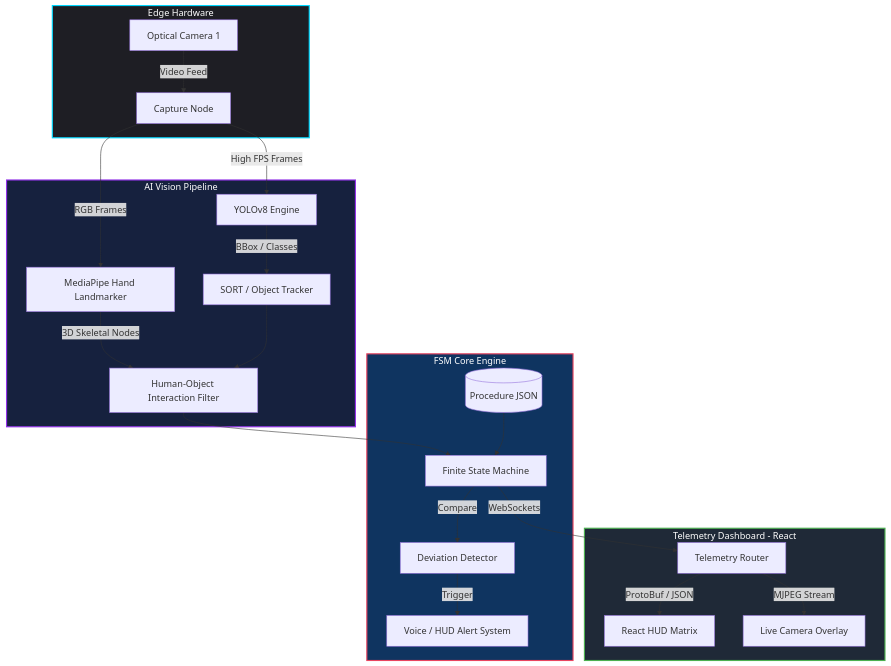
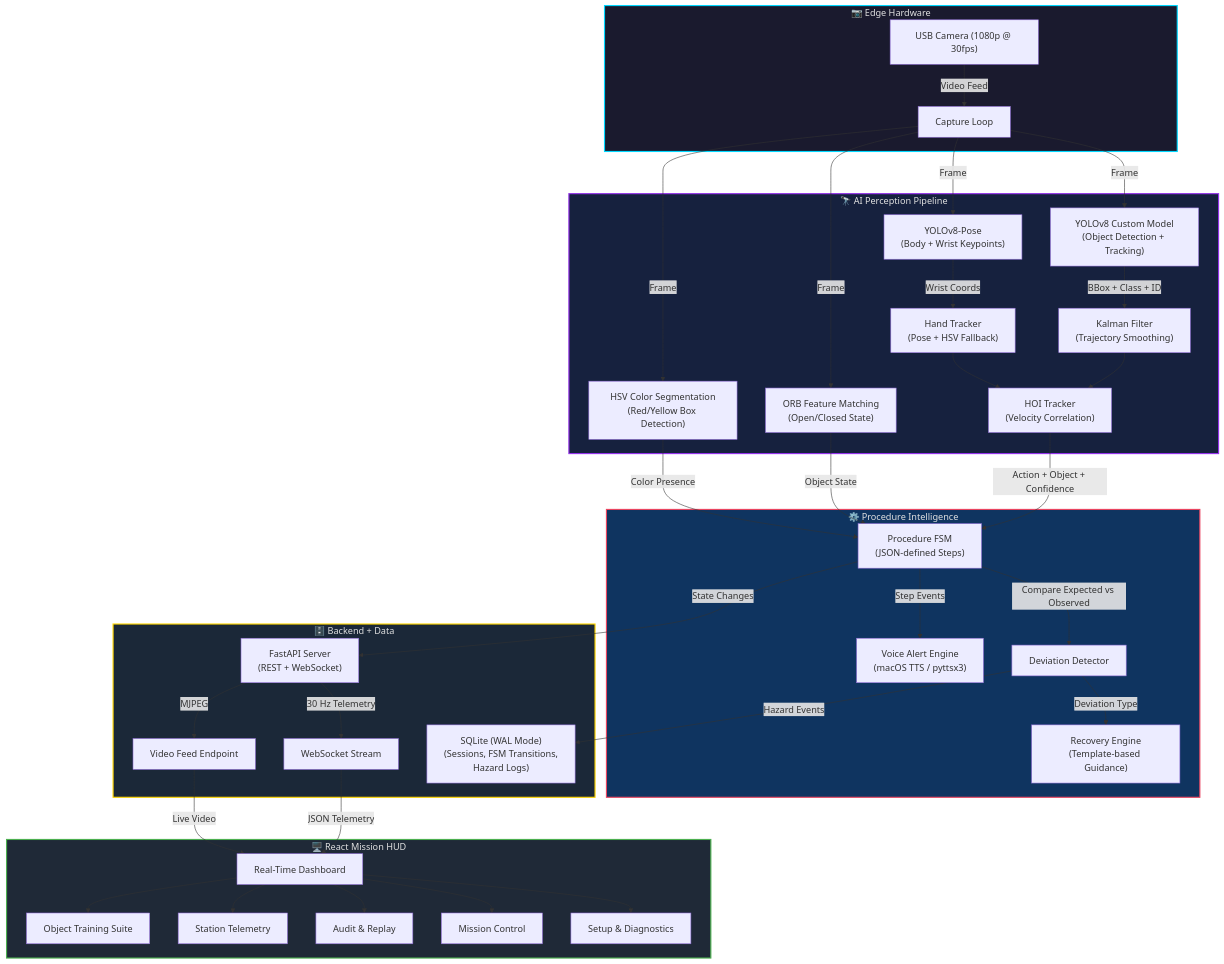
The diagram in README.md (atulharshvardhan2006/ATLAS-FULL-STACK-SIH-26174), drawn with Mermaid before and after one commit. The commit also changed other lines of this file, not shown here.

````diff
--- a/README.md
+++ b/README.md
@@ -36,36 +327,49 @@
 ```mermaid
 graph TD
-    %% Hardware Level
-    subgraph Edge_Hardware [Edge Hardware]
-        C1[Optical Camera 1] -->|Video Feed| Cap[Capture Node]
+    subgraph Edge_Hardware ["📷 Edge Hardware"]
+        C1["USB Camera (1080p @ 30fps)"] -->|"Video Feed"| Cap["Capture Loop"]
     end
 
-    %% AI Pipeline
-    subgraph AI_Vision_Pipeline [AI Vision Pipeline]
-        Cap -->|High FPS Frames| Y[YOLOv8 Engine]
-        Cap -->|RGB Frames| M[MediaPipe Hand Landmarker]
-        Y -->|BBox / Classes| Tracker[SORT / Object Tracker]
-        M -->|3D Skeletal Nodes| HOI[Human-Object Interaction Filter]
-        Tracker --> HOI
+    subgraph AI_Pipeline ["🔭 AI Perception Pipeline"]
+        Cap -->|"Frame"| YOLO["YOLOv8 Custom Model<br/>(Object Detection + Tracking)"]
+        Cap -->|"Frame"| Pose["YOLOv8-Pose<br/>(Body + Wrist Keypoints)"]
+        Cap -->|"Frame"| ORB["ORB Feature Matching<br/>(Open/Closed State)"]
+        Cap -->|"Frame"| HSV["HSV Color Segmentation<br/>(Red/Yellow Box Detection)"]
+        YOLO -->|"BBox + Class + ID"| Kalman["Kalman Filter<br/>(Trajectory Smoothing)"]
+        Pose -->|"Wrist Coords"| Hand["Hand Tracker<br/>(Pose + HSV Fallback)"]
+        Kalman --> HOI["HOI Tracker<br/>(Velocity Correlation)"]
+        Hand --> HOI
     end
 
-    %% Core Logic
-    subgraph FSM_Core_Engine [FSM Core Engine]
-        HOI --> FSM[Finite State Machine]
-        Config[(Procedure JSON)] --> FSM
-        FSM -->|Compare| Dev[Deviation Detector]
-        Dev -->|Trigger| Alert[Voice / HUD Alert System]
+    subgraph Procedure_Engine ["⚙️ Procedure Intelligence"]
+        HOI -->|"Action + Object + Confidence"| FSM["Procedure FSM<br/>(JSON-defined Steps)"]
+        ORB -->|"Object State"| FSM
+        HSV -->|"Color Presence"| FSM
+        FSM -->|"Compare Expected vs Observed"| Dev["Deviation Detector"]
+        Dev -->|"Deviation Type"| Rec["Recovery Engine<br/>(Template-based Guidance)"]
+        FSM -->|"Step Events"| Voice["Voice Alert Engine<br/>(macOS TTS / pyttsx3)"]
     end
 
-    %% Frontend
-    subgraph Telemetry_Dashboard [Telemetry Dashboard - React]
-        FSM -->|WebSockets| WS[Telemetry Router]
-        WS -->|ProtoBuf / JSON| UI[React HUD Matrix]
-        WS -->|MJPEG Stream| Video[Live Camera Overlay]
+    subgraph Data_Layer ["🗄️ Backend + Data"]
+        FSM -->|"State Changes"| API["FastAPI Server<br/>(REST + WebSocket)"]
+        Dev -->|"Hazard Events"| DB["SQLite (WAL Mode)<br/>(Sessions, FSM Transitions,<br/>Hazard Logs)"]
+        API -->|"30 Hz Telemetry"| WS["WebSocket Stream"]
+        API -->|"MJPEG"| MJPEG["Video Feed Endpoint"]
     end
 
-    style Edge_Hardware fill:#1e1e24,stroke:#00D8FF,stroke-width:2px,color:#fff
-    style AI_Vision_Pipeline fill:#16213e,stroke:#9333EA,stroke-width:2px,color:#fff
-    style FSM_Core_Engine fill:#0f3460,stroke:#e94560,stroke-width:2px,color:#fff
-    style Telemetry_Dashboard fill:#1f2937,stroke:#4CAF50,stroke-width:2px,color:#fff
+    subgraph Frontend ["🖥️ React Mission HUD"]
+        WS -->|"JSON Telemetry"| UI["Real-Time Dashboard"]
+        MJPEG -->|"Live Video"| UI
+        UI --> Setup["Setup & Diagnostics"]
+        UI --> Mission["Mission Control"]
+        UI --> Audit["Audit & Replay"]
+        UI --> Station["Station Telemetry"]
+        UI --> Training["Object Training Suite"]
+    end
+
+    style Edge_Hardware fill:#1a1a2e,stroke:#00D8FF,stroke-width:2px,color:#e0e0e0
+    style AI_Pipeline fill:#16213e,stroke:#9333EA,stroke-width:2px,color:#e0e0e0
+    style Procedure_Engine fill:#0f3460,stroke:#e94560,stroke-width:2px,color:#e0e0e0
+    style Data_Layer fill:#1b2838,stroke:#FFD600,stroke-width:2px,color:#e0e0e0
+    style Frontend fill:#1f2937,stroke:#4CAF50,stroke-width:2px,color:#e0e0e0
 ```
````
